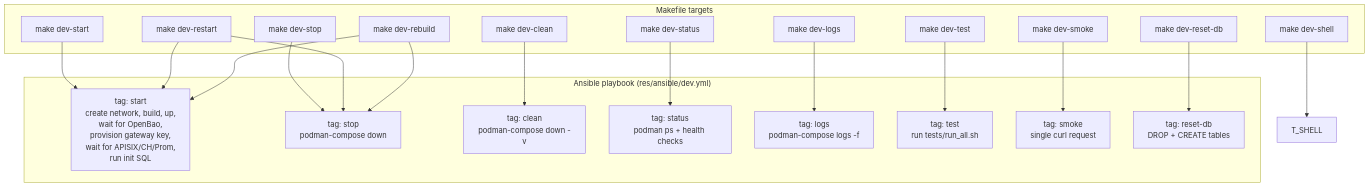
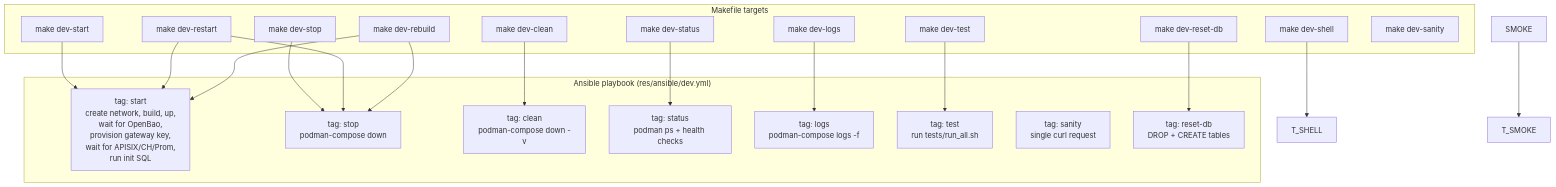
Diagram 12 of 16 in docs/ARCHITECTURE.md (Independent-AI-Labs/WORKSPACE-GATEWAY), drawn with Mermaid before and after one commit. The commit also changed other lines of this file and 5 other files, not shown here.

First line of the commit message:
fix: rename smoke->sanity, remove failed_when:false violations

````diff
--- a/docs/ARCHITECTURE.md
+++ b/docs/ARCHITECTURE.md
@@ -1251,41 +1251,41 @@
 ```mermaid
 graph TB
     subgraph "Makefile targets"
         START["make dev-start"]
         STOP["make dev-stop"]
         RESTART["make dev-restart"]
         REBUILD["make dev-rebuild"]
         LOGS["make dev-logs"]
         STATUS["make dev-status"]
         CLEAN["make dev-clean"]
         SHELL["make dev-shell"]
         RESETDB["make dev-reset-db"]
         TEST["make dev-test"]
-        SMOKE["make dev-smoke"]
+        SANITY["make dev-sanity"]
     end
 
     subgraph "Ansible playbook (res/ansible/dev.yml)"
         T_START["tag: start<br/>create network, build, up,<br/>wait for OpenBao,<br/>provision gateway key,<br/>wait for APISIX/CH/Prom,<br/>run init SQL"]
         T_STOP["tag: stop<br/>podman-compose down"]
         T_CLEAN["tag: clean<br/>podman-compose down -v"]
         T_STATUS["tag: status<br/>podman ps + health checks"]
         T_LOGS["tag: logs<br/>podman-compose logs -f"]
         T_TEST["tag: test<br/>run tests/run_all.sh"]
-        T_SMOKE["tag: smoke<br/>single curl request"]
+        T_SANITY["tag: sanity<br/>single curl request"]
         T_RESET["tag: reset-db<br/>DROP + CREATE tables"]
     end
 
     START --> T_START
     STOP --> T_STOP
     RESTART --> T_STOP
     RESTART --> T_START
     REBUILD --> T_STOP
     REBUILD --> T_START
     LOGS --> T_LOGS
     STATUS --> T_STATUS
     CLEAN --> T_CLEAN
     SHELL --> T_SHELL
     RESETDB --> T_RESET
     TEST --> T_TEST
     SMOKE --> T_SMOKE
 ```
````
